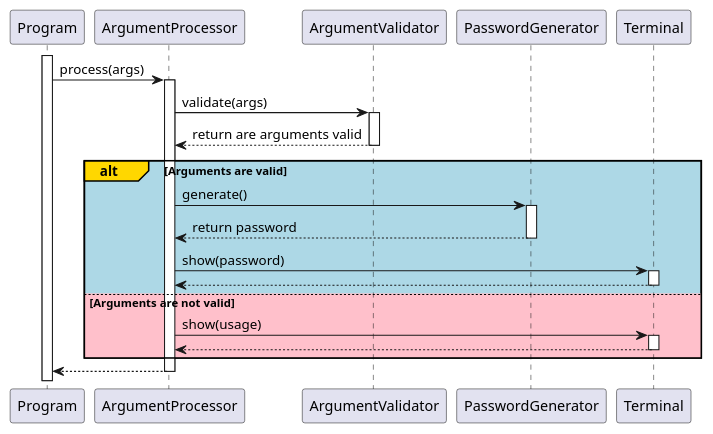
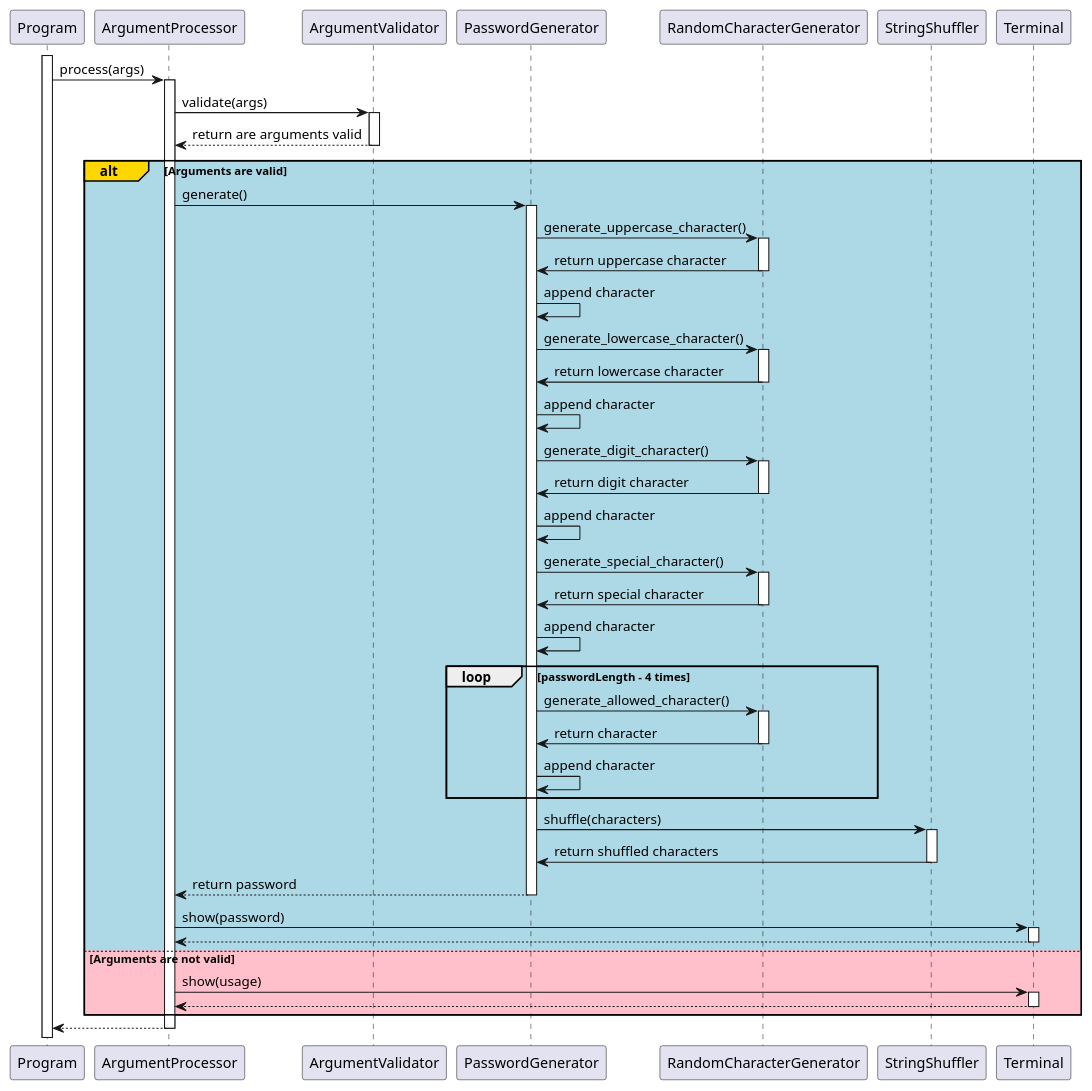
Before and after one commit to djvelimir/demo-python-cli: the diagram in diagrams/Sequence.puml, drawn with PlantUML. The commit also changed 10 other files, not shown here.

Commit message:
Added random character generator and string shuffler

```diff
--- a/diagrams/Sequence.puml
+++ b/diagrams/Sequence.puml
@@ -1,38 +1,84 @@
 @startuml Sequence
 participant Program as program
 participant ArgumentProcessor as argumentProcessor
 participant ArgumentValidator as argumentValidator
 participant PasswordGenerator as passwordGenerator
+participant RandomCharacterGenerator as randomCharacterGenerator
+participant StringShuffler as stringShuffler
 participant Terminal as terminal
 
 activate program
 
 program -> argumentProcessor: process(args)
 activate argumentProcessor
 
 argumentProcessor -> argumentValidator: validate(args)
 activate argumentValidator
 argumentProcessor <-- argumentValidator: return are arguments valid
 deactivate argumentValidator
 
 alt#Gold #LightBlue Arguments are valid
     argumentProcessor -> passwordGenerator: generate()
     activate passwordGenerator
+
+    passwordGenerator -> randomCharacterGenerator: generate_uppercase_character()
+    activate randomCharacterGenerator
+
+    randomCharacterGenerator -> passwordGenerator: return uppercase character
+    deactivate randomCharacterGenerator
+    passwordGenerator -> passwordGenerator: append character
+
+    passwordGenerator -> randomCharacterGenerator: generate_lowercase_character()
+    activate randomCharacterGenerator
+
+    randomCharacterGenerator -> passwordGenerator: return lowercase character
+    deactivate randomCharacterGenerator
+    passwordGenerator -> passwordGenerator: append character
+
+    passwordGenerator -> randomCharacterGenerator: generate_digit_character()
+    activate randomCharacterGenerator
+
+    randomCharacterGenerator -> passwordGenerator: return digit character
+    deactivate randomCharacterGenerator
+    passwordGenerator -> passwordGenerator: append character
+
+    passwordGenerator -> randomCharacterGenerator: generate_special_character()
+    activate randomCharacterGenerator
+
+    randomCharacterGenerator -> passwordGenerator: return special character
+    deactivate randomCharacterGenerator
+    passwordGenerator -> passwordGenerator: append character
+
+    loop passwordLength - 4 times
+        passwordGenerator -> randomCharacterGenerator: generate_allowed_character()
+        activate randomCharacterGenerator
+
+        randomCharacterGenerator -> passwordGenerator: return character
+        deactivate randomCharacterGenerator
+        passwordGenerator -> passwordGenerator: append character
+    end
+
+    passwordGenerator -> stringShuffler: shuffle(characters)
+    activate stringShuffler
+
+    stringShuffler -> passwordGenerator: return shuffled characters
+    deactivate stringShuffler
+
     argumentProcessor <-- passwordGenerator: return password
     deactivate passwordGenerator
 
     argumentProcessor -> terminal: show(password)
     activate terminal
     argumentProcessor <-- terminal
     deactivate terminal
 
 else #Pink Arguments are not valid
     argumentProcessor -> terminal: show(usage)
     activate terminal
     argumentProcessor <-- terminal
     deactivate terminal
 end
 
 program <-- argumentProcessor
 deactivate argumentProcessor
 @enduml
```
